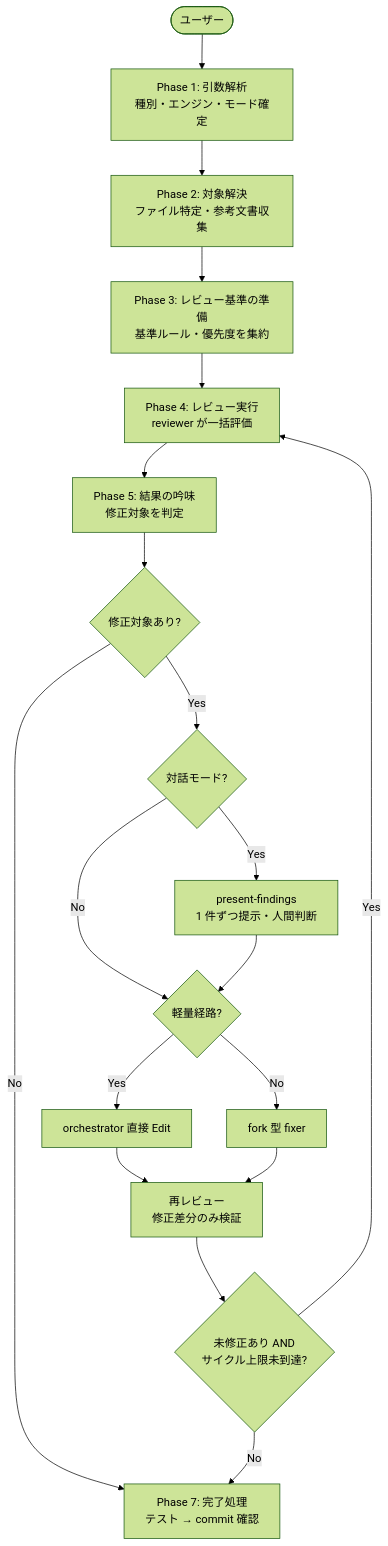
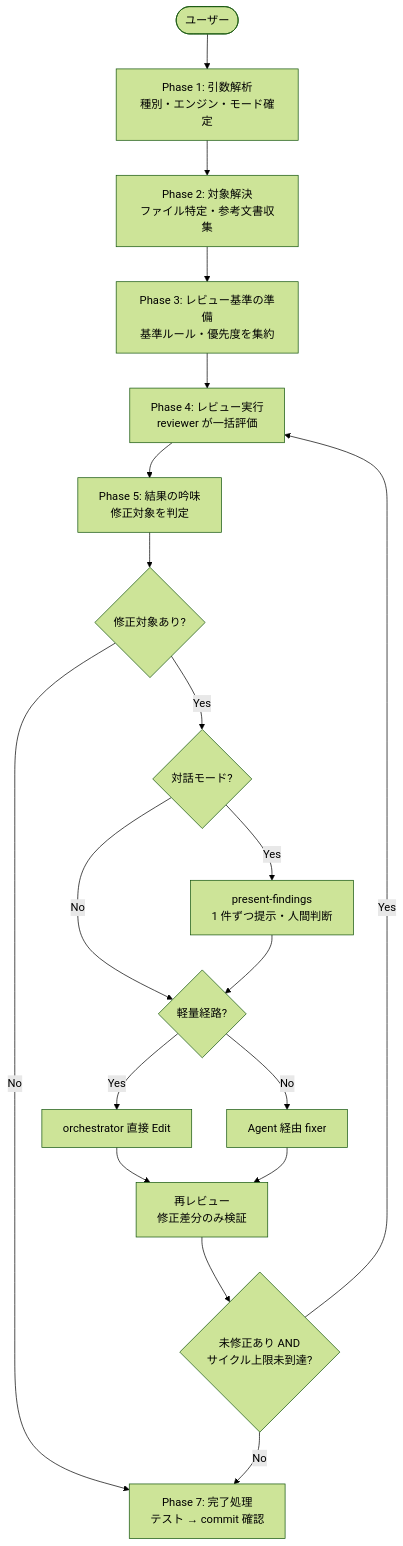
The diagram in docs/readme/forge/guide_review_ja.md (BlueEventHorizon/bw-cc-plugins), drawn with Mermaid (forest theme) before and after one commit. The commit also changed other lines of this file and 8 other files, not shown here.

````diff
--- a/docs/readme/forge/guide_review_ja.md
+++ b/docs/readme/forge/guide_review_ja.md
@@ -43,39 +43,39 @@
 ```mermaid
 flowchart TD
     START([ユーザー]) --> P1
 
     P1["Phase 1: 引数解析<br/>種別・エンジン・モード確定"] --> P2
 
     P2["Phase 2: 対象解決<br/>ファイル特定・参考文書収集"] --> P3
 
     P3["Phase 3: レビュー基準の準備<br/>基準ルール・優先度を集約"] --> P4
 
     P4["Phase 4: レビュー実行<br/>reviewer が一括評価"] --> P5
 
     P5["Phase 5: 結果の吟味<br/>修正対象を判定"] --> CHECK
 
     CHECK{修正対象あり?}
     CHECK -->|No| P7
     CHECK -->|Yes| MODE
 
     MODE{対話モード?}
     MODE -->|Yes| PRESENT
     MODE -->|No| FIXPATH
 
     PRESENT["present-findings<br/>1 件ずつ提示・人間判断"] --> FIXPATH
 
     FIXPATH{"軽量経路?"}
     FIXPATH -->|Yes| INLINE["orchestrator 直接 Edit"]
-    FIXPATH -->|No| FIXER["fork 型 fixer"]
+    FIXPATH -->|No| FIXER["Agent 経由 fixer"]
 
     INLINE --> REREV
     FIXER --> REREV
 
     REREV["再レビュー<br/>修正差分のみ検証"] --> CYCLE
 
     CYCLE{未修正あり AND<br/>サイクル上限未到達?}
     CYCLE -->|Yes| P4
     CYCLE -->|No| P7
 
     P7["Phase 7: 完了処理<br/>テスト → commit 確認"]
 ```
````
